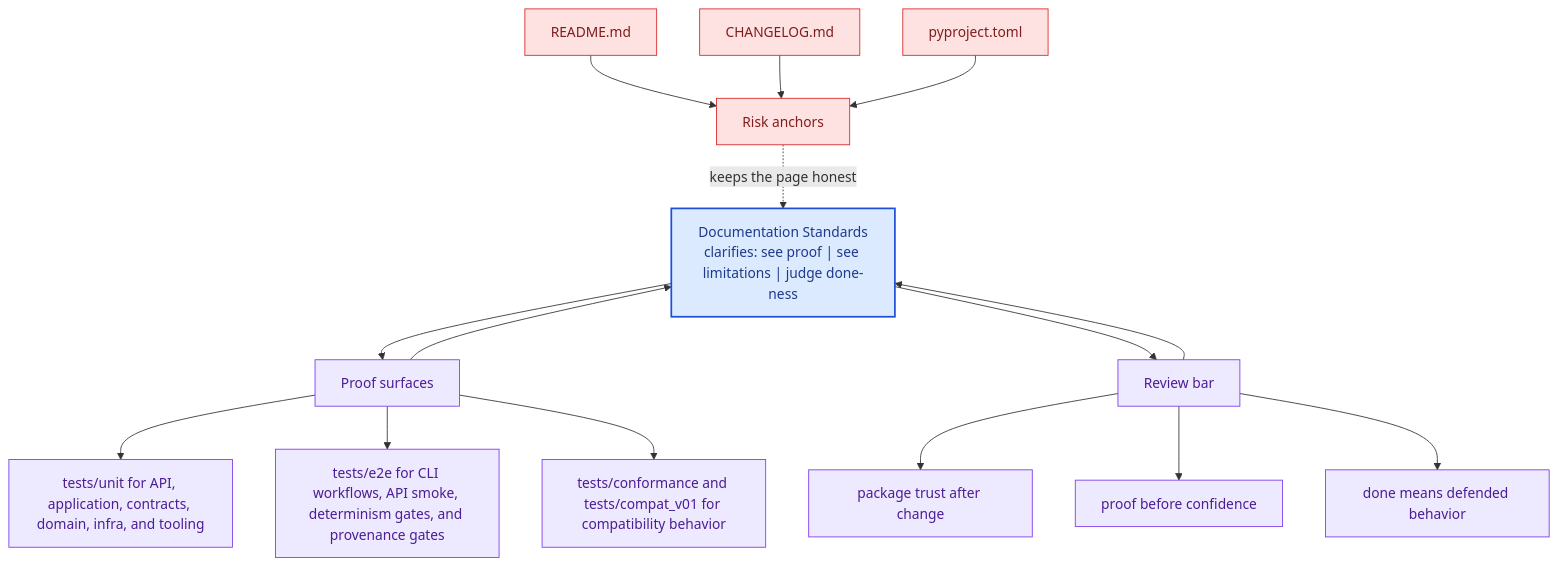
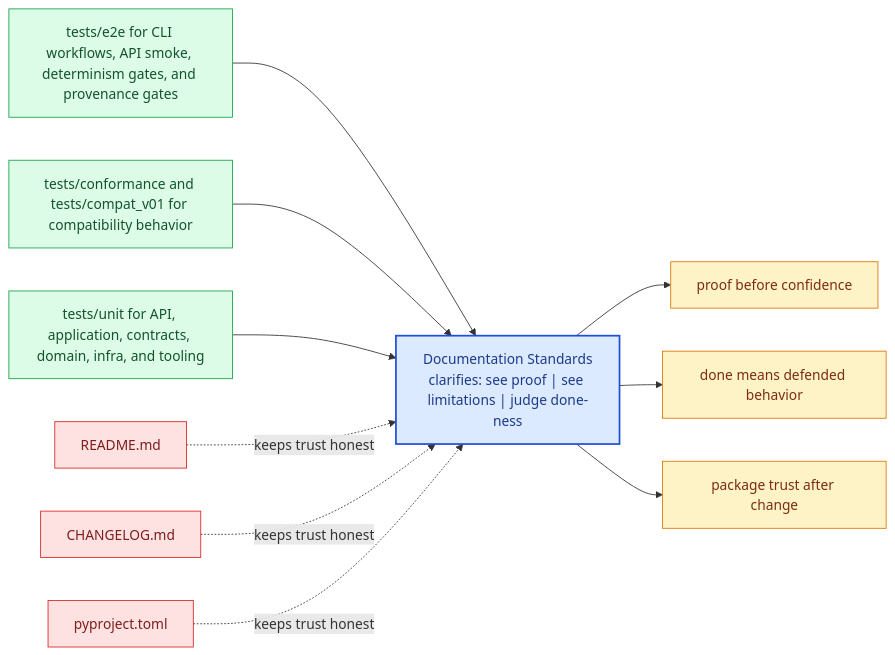
Before and after one commit to bijux/bijux-canon: the diagram in docs/bijux-canon-index/quality/documentation-standards.md, drawn with Mermaid. The commit also changed other lines of this file and 281 other files, not shown here.

Commit message:
docs(diagrams): replace repeated mermaid scaffolds with page-specific summaries

````diff
--- a/docs/bijux-canon-index/quality/documentation-standards.md
+++ b/docs/bijux-canon-index/quality/documentation-standards.md
@@ -67,41 +22,31 @@
 ```mermaid
-flowchart TB
-    promise["Documentation Standards<br/>clarifies: see proof | see limitations | judge done-ness"]
-    classDef promise fill:#dbeafe,stroke:#1d4ed8,color:#1e3a8a,stroke-width:2px;
-    classDef driver fill:#dcfce7,stroke:#16a34a,color:#14532d;
-    classDef constraint fill:#fee2e2,stroke:#dc2626,color:#7f1d1d;
-    classDef ground fill:#ede9fe,stroke:#7c3aed,color:#4c1d95;
-    focus1["Proof surfaces"]
-    focus1 --> promise
-    promise --> focus1
-    focus1_1["tests/unit for API, application, contracts, domain, infra, and tooling"]
-    focus1 --> focus1_1
-    focus1_2["tests/e2e for CLI workflows, API smoke, determinism gates, and provenance gates"]
-    focus1 --> focus1_2
-    focus1_3["tests/conformance and tests/compat_v01 for compatibility behavior"]
-    focus1 --> focus1_3
-    class focus1 ground;
-    class focus1_1,focus1_2,focus1_3 ground;
-    focus2["Risk anchors"]
-    focus2 -.keeps the page honest.-> promise
-    focus2_1["README.md"]
-    focus2_1 --> focus2
-    focus2_2["CHANGELOG.md"]
-    focus2_2 --> focus2
-    focus2_3["pyproject.toml"]
-    focus2_3 --> focus2
-    class focus2 constraint;
-    class focus2_1,focus2_2,focus2_3 constraint;
-    focus3["Review bar"]
-    focus3 --> promise
-    promise --> focus3
-    focus3_1["package trust after change"]
-    focus3 --> focus3_1
-    focus3_2["proof before confidence"]
-    focus3 --> focus3_2
-    focus3_3["done means defended behavior"]
-    focus3 --> focus3_3
-    class focus3 ground;
-    class focus3_1,focus3_2,focus3_3 ground;
-    class promise promise;
+flowchart LR
+    page["Documentation Standards<br/>clarifies: see proof | see limitations | judge done-ness"]
+    classDef page fill:#dbeafe,stroke:#1d4ed8,color:#1e3a8a,stroke-width:2px;
+    classDef positive fill:#dcfce7,stroke:#16a34a,color:#14532d;
+    classDef caution fill:#fee2e2,stroke:#dc2626,color:#7f1d1d;
+    classDef anchor fill:#ede9fe,stroke:#7c3aed,color:#4c1d95;
+    classDef action fill:#fef3c7,stroke:#d97706,color:#7c2d12;
+    proof1["tests/e2e for CLI workflows, API smoke, determinism gates, and provenance gates"]
+    proof1 --> page
+    proof2["tests/conformance and tests/compat_v01 for compatibility behavior"]
+    proof2 --> page
+    proof3["tests/unit for API, application, contracts, domain, infra, and tooling"]
+    proof3 --> page
+    risk1["README.md"]
+    risk1 -.keeps trust honest.-> page
+    risk2["CHANGELOG.md"]
+    risk2 -.keeps trust honest.-> page
+    risk3["pyproject.toml"]
+    risk3 -.keeps trust honest.-> page
+    bar1["proof before confidence"]
+    page --> bar1
+    bar2["done means defended behavior"]
+    page --> bar2
+    bar3["package trust after change"]
+    page --> bar3
+    class page page;
+    class proof1,proof2,proof3 positive;
+    class risk1,risk2,risk3 caution;
+    class bar1,bar2,bar3 action;
 ```
````
